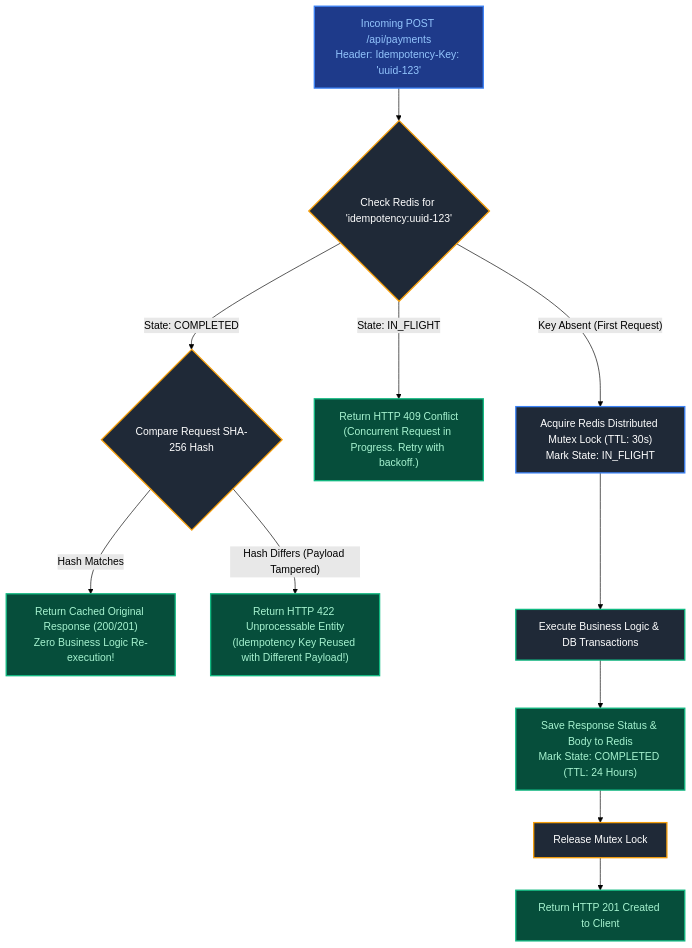
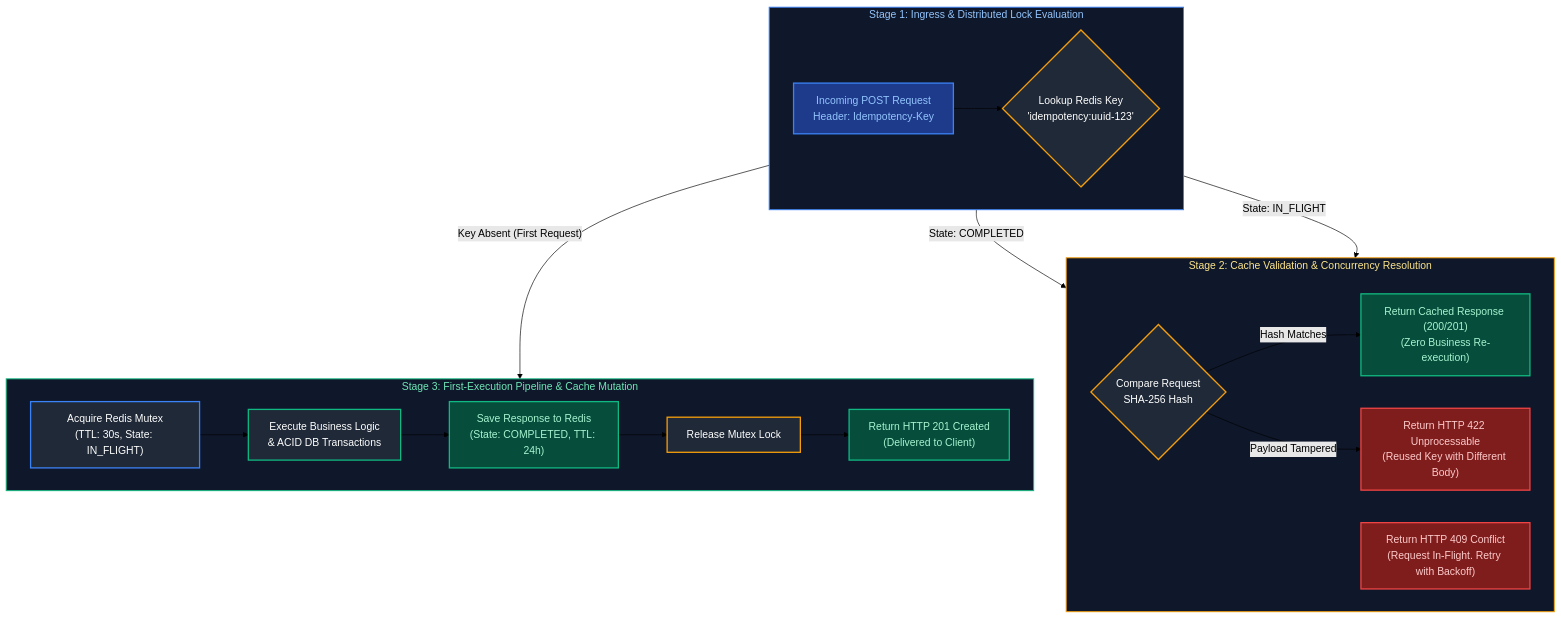
One commit to joydeep-biswas/Interview-Preparation changed the fourth of 7 diagrams in Java Backend Engineering/08_spring_web_rest_apis.md. Above: the diagram before and after it, drawn with Mermaid (forest theme). The commit also changed other lines of this file and 76 other files, not shown here.

Commit message:
Updated Charts

````diff
--- a/Java Backend Engineering/08_spring_web_rest_apis.md
+++ b/Java Backend Engineering/08_spring_web_rest_apis.md
@@ -306,28 +308,43 @@
 ```mermaid
 flowchart TD
-    ClientReq["Incoming POST /api/payments<br/>Header: Idempotency-Key: 'uuid-123'"] --> CheckRedis{"Check Redis for 'idempotency:uuid-123'"}
-    
-    CheckRedis -- "State: COMPLETED" --> CompareHash{"Compare Request SHA-256 Hash"}
-    CompareHash -- "Hash Matches" --> ReturnCached["Return Cached Original Response (200/201)<br/>Zero Business Logic Re-execution!"]
-    CompareHash -- "Hash Differs (Payload Tampered)" --> Return422["Return HTTP 422 Unprocessable Entity<br/>(Idempotency Key Reused with Different Payload!)"]
-    
-    CheckRedis -- "State: IN_FLIGHT" --> Return409["Return HTTP 409 Conflict<br/>(Concurrent Request in Progress. Retry with backoff.)"]
-    
-    CheckRedis -- "Key Absent (First Request)" --> AcquireLock["Acquire Redis Distributed Mutex Lock (TTL: 30s)<br/>Mark State: IN_FLIGHT"]
-    AcquireLock --> ExecuteLogic["Execute Business Logic & DB Transactions"]
-    ExecuteLogic --> SaveResponse["Save Response Status & Body to Redis<br/>Mark State: COMPLETED (TTL: 24 Hours)"]
-    SaveResponse --> ReleaseLock["Release Mutex Lock"]
-    ReleaseLock --> ReturnResponse["Return HTTP 201 Created to Client"]
+    subgraph Stage1 ["Stage 1: Ingress & Distributed Lock Evaluation"]
+        direction LR
+        ClientReq["Incoming POST Request<br/>Header: Idempotency-Key"] --> CheckRedis{"Lookup Redis Key<br/>'idempotency:uuid-123'"}
+    end
+
+    subgraph Stage2 ["Stage 2: Cache Validation & Concurrency Resolution"]
+        direction LR
+        CompareHash{"Compare Request<br/>SHA-256 Hash"}
+        CompareHash -- "Hash Matches" --> ReturnCached["Return Cached Response (200/201)<br/>(Zero Business Re-execution)"]
+        CompareHash -- "Payload Tampered" --> Return422["Return HTTP 422 Unprocessable<br/>(Reused Key with Different Body)"]
+        Return409["Return HTTP 409 Conflict<br/>(Request In-Flight. Retry with Backoff)"]
+    end
+
+    subgraph Stage3 ["Stage 3: First-Execution Pipeline & Cache Mutation"]
+        direction LR
+        AcquireLock["Acquire Redis Mutex<br/>(TTL: 30s, State: IN_FLIGHT)"] --> ExecuteLogic["Execute Business Logic<br/>& ACID DB Transactions"]
+        ExecuteLogic --> SaveResponse["Save Response to Redis<br/>(State: COMPLETED, TTL: 24h)"]
+        SaveResponse --> ReleaseLock["Release Mutex Lock"]
+        ReleaseLock --> ReturnResponse["Return HTTP 201 Created<br/>(Delivered to Client)"]
+    end
+
+    CheckRedis -- "State: COMPLETED" --> CompareHash
+    CheckRedis -- "State: IN_FLIGHT" --> Return409
+    CheckRedis -- "Key Absent (First Request)" --> AcquireLock
+
+    style Stage1 fill:#0f172a,stroke:#3b82f6,stroke-width:1.5px,color:#93c5fd
+    style Stage2 fill:#0f172a,stroke:#f59e0b,stroke-width:1.5px,color:#fde68a
+    style Stage3 fill:#0f172a,stroke:#10b981,stroke-width:1.5px,color:#6ee7b7
 
     style ClientReq fill:#1e3a8a,stroke:#3b82f6,stroke-width:2px,color:#93c5fd
     style CheckRedis fill:#1f2937,stroke:#f59e0b,stroke-width:2px,color:#fff
     style CompareHash fill:#1f2937,stroke:#f59e0b,stroke-width:2px,color:#fff
     style ReturnCached fill:#064e3b,stroke:#10b981,stroke-width:2px,color:#a7f3d0
-    style Return422 fill:#064e3b,stroke:#10b981,stroke-width:2px,color:#a7f3d0
-    style Return409 fill:#064e3b,stroke:#10b981,stroke-width:2px,color:#a7f3d0
+    style Return422 fill:#7f1d1d,stroke:#ef4444,stroke-width:2px,color:#fecaca
+    style Return409 fill:#7f1d1d,stroke:#ef4444,stroke-width:2px,color:#fecaca
     style AcquireLock fill:#1f2937,stroke:#3b82f6,stroke-width:2px,color:#fff
     style ExecuteLogic fill:#1f2937,stroke:#10b981,stroke-width:2px,color:#fff
     style SaveResponse fill:#064e3b,stroke:#10b981,stroke-width:2px,color:#a7f3d0
     style ReleaseLock fill:#1f2937,stroke:#f59e0b,stroke-width:2px,color:#fff
     style ReturnResponse fill:#064e3b,stroke:#10b981,stroke-width:2px,color:#a7f3d0
 ```
````
